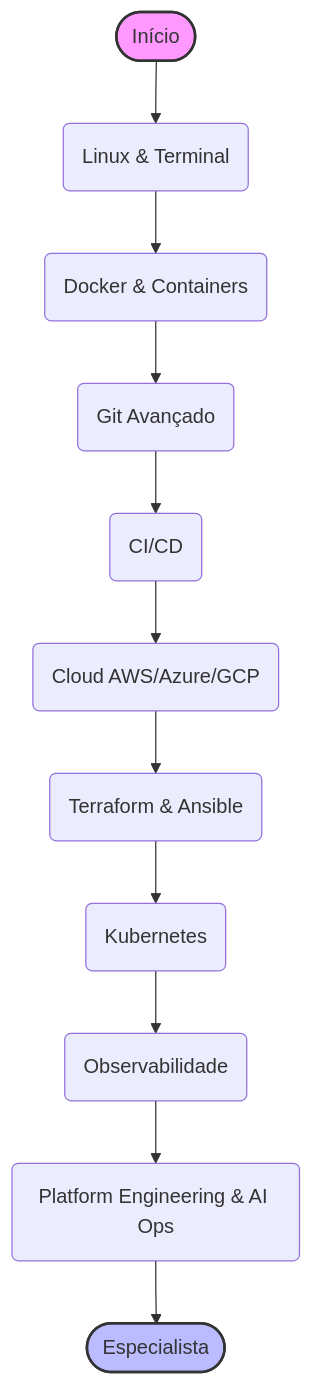
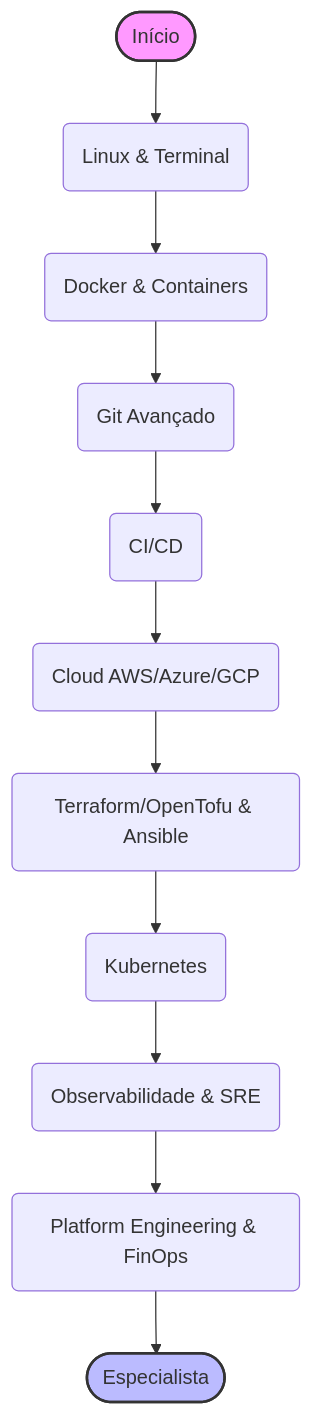
One commit to juninmd/roadmap-developer changed the diagram in roadmaps/devops/devops.md. Above: the diagram before and after it, drawn with Mermaid. The commit also changed other lines of this file and 22 other files, not shown here.

````diff
--- a/roadmaps/devops/devops.md
+++ b/roadmaps/devops/devops.md
@@ -5,16 +5,16 @@
 ```mermaid
 flowchart TD
     Start([Início]) --> Linux(Linux & Terminal)
     Linux --> Container(Docker & Containers)
     Container --> Git(Git Avançado)
     Git --> CICD(CI/CD)
     CICD --> Cloud(Cloud AWS/Azure/GCP)
-    Cloud --> IaC(Terraform & Ansible)
+    Cloud --> IaC(Terraform/OpenTofu & Ansible)
     IaC --> K8s(Kubernetes)
-    K8s --> Obs(Observabilidade)
-    Obs --> Plat(Platform Engineering & AI Ops)
+    K8s --> Obs(Observabilidade & SRE)
+    Obs --> Plat(Platform Engineering & FinOps)
     Plat --> Spec([Especialista])
 
     style Start fill:#f9f,stroke:#333,stroke-width:2px
     style Spec fill:#bbf,stroke:#333,stroke-width:2px
 ```
````
